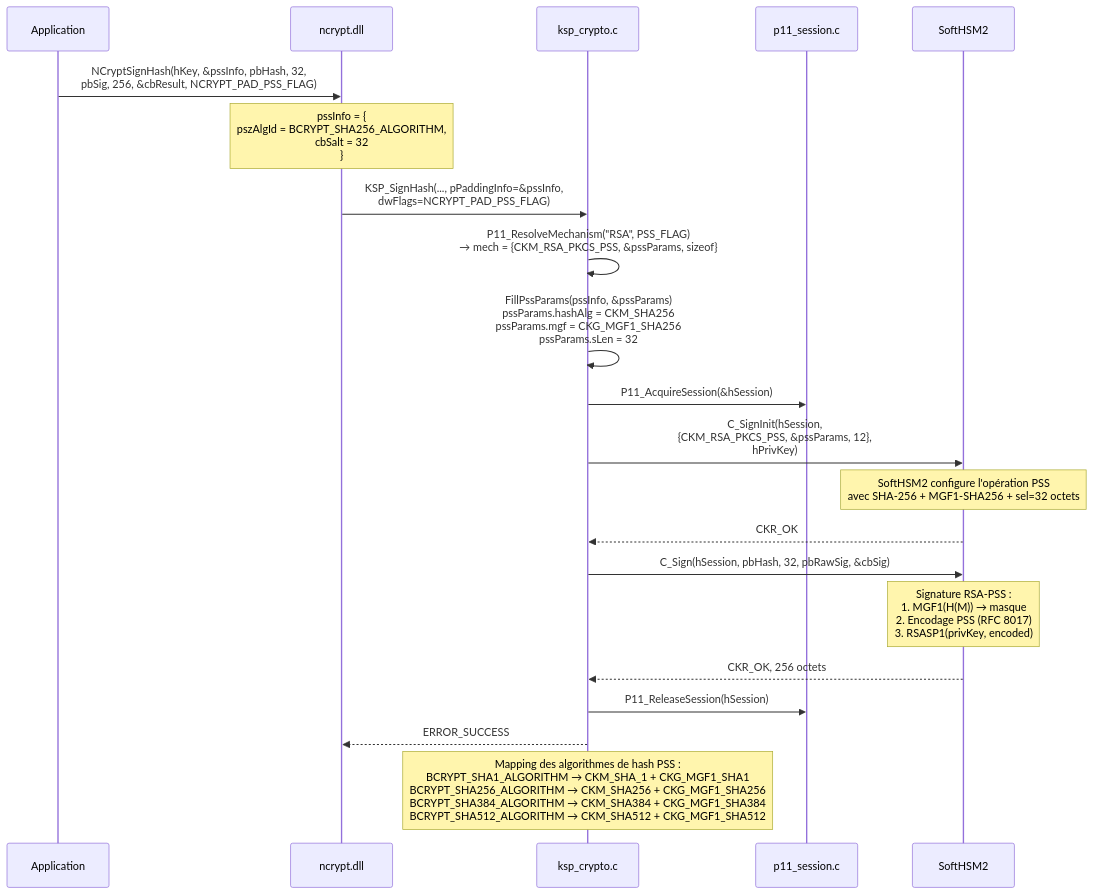
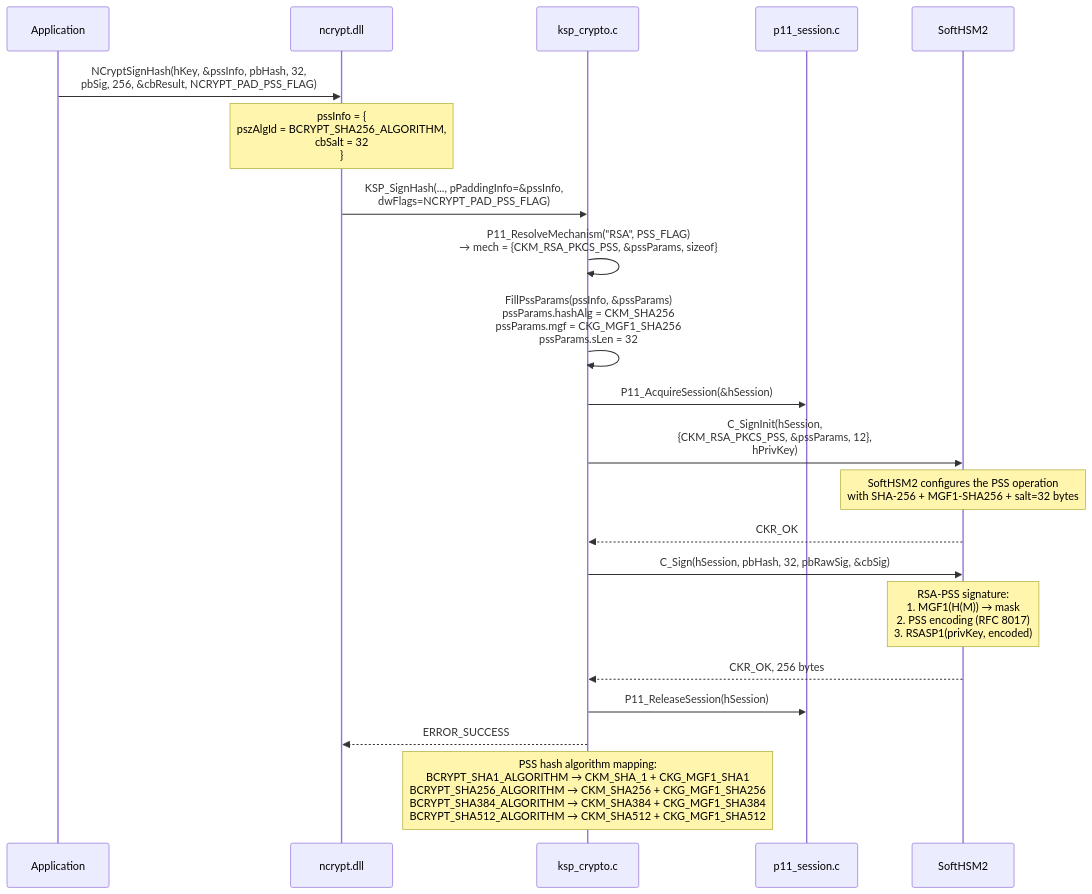
One commit to Gaillotte/Noida changed the second of 7 diagrams in softhsm_ksp/docs/04-operations-crypto.md. Above: the diagram before and after it, drawn with Mermaid. The commit also changed other lines of this file and 9 other files, not shown here.

````diff
--- a/softhsm_ksp/docs/04-operations-crypto.md
+++ b/softhsm_ksp/docs/04-operations-crypto.md
@@ -82,33 +82,33 @@
 ```mermaid
 sequenceDiagram
     participant App as Application
     participant NCrypt as ncrypt.dll
     participant KSP as ksp_crypto.c
     participant Session as p11_session.c
     participant HSM as SoftHSM2
 
     App->>NCrypt: NCryptSignHash(hKey, &pssInfo, pbHash, 32,<br/>pbSig, 256, &cbResult, NCRYPT_PAD_PSS_FLAG)
 
     note over NCrypt: pssInfo = {<br/>  pszAlgId = BCRYPT_SHA256_ALGORITHM,<br/>  cbSalt   = 32<br/>}
 
     NCrypt->>KSP: KSP_SignHash(..., pPaddingInfo=&pssInfo,<br/>dwFlags=NCRYPT_PAD_PSS_FLAG)
 
     KSP->>KSP: P11_ResolveMechanism("RSA", PSS_FLAG)<br/>→ mech = {CKM_RSA_PKCS_PSS, &pssParams, sizeof}
 
     KSP->>KSP: FillPssParams(pssInfo, &pssParams)<br/>pssParams.hashAlg = CKM_SHA256<br/>pssParams.mgf     = CKG_MGF1_SHA256<br/>pssParams.sLen    = 32
 
     KSP->>Session: P11_AcquireSession(&hSession)
 
     KSP->>HSM: C_SignInit(hSession,<br/>  {CKM_RSA_PKCS_PSS, &pssParams, 12},<br/>  hPrivKey)
-    note over HSM: SoftHSM2 configure l'opération PSS<br/>avec SHA-256 + MGF1-SHA256 + sel=32 octets
+    note over HSM: SoftHSM2 configures the PSS operation<br/>with SHA-256 + MGF1-SHA256 + salt=32 bytes
     HSM-->>KSP: CKR_OK
 
     KSP->>HSM: C_Sign(hSession, pbHash, 32, pbRawSig, &cbSig)
-    note over HSM: Signature RSA-PSS :<br/>1. MGF1(H(M)) → masque<br/>2. Encodage PSS (RFC 8017)<br/>3. RSASP1(privKey, encoded)
-    HSM-->>KSP: CKR_OK, 256 octets
+    note over HSM: RSA-PSS signature:<br/>1. MGF1(H(M)) → mask<br/>2. PSS encoding (RFC 8017)<br/>3. RSASP1(privKey, encoded)
+    HSM-->>KSP: CKR_OK, 256 bytes
 
     KSP->>Session: P11_ReleaseSession(hSession)
     KSP-->>NCrypt: ERROR_SUCCESS
 
-    note over KSP: Mapping des algorithmes de hash PSS :<br/>BCRYPT_SHA1_ALGORITHM   → CKM_SHA_1  + CKG_MGF1_SHA1<br/>BCRYPT_SHA256_ALGORITHM → CKM_SHA256 + CKG_MGF1_SHA256<br/>BCRYPT_SHA384_ALGORITHM → CKM_SHA384 + CKG_MGF1_SHA384<br/>BCRYPT_SHA512_ALGORITHM → CKM_SHA512 + CKG_MGF1_SHA512
+    note over KSP: PSS hash algorithm mapping:<br/>BCRYPT_SHA1_ALGORITHM   → CKM_SHA_1  + CKG_MGF1_SHA1<br/>BCRYPT_SHA256_ALGORITHM → CKM_SHA256 + CKG_MGF1_SHA256<br/>BCRYPT_SHA384_ALGORITHM → CKM_SHA384 + CKG_MGF1_SHA384<br/>BCRYPT_SHA512_ALGORITHM → CKM_SHA512 + CKG_MGF1_SHA512
 ```
````
